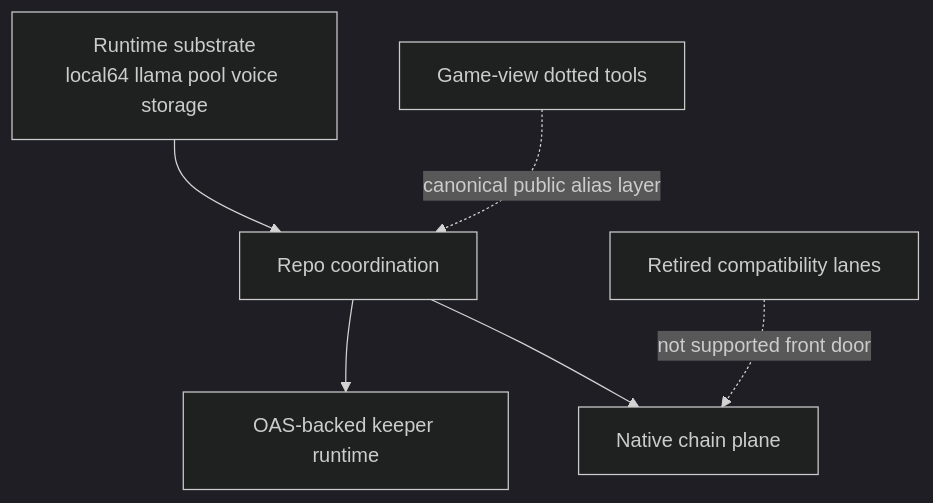
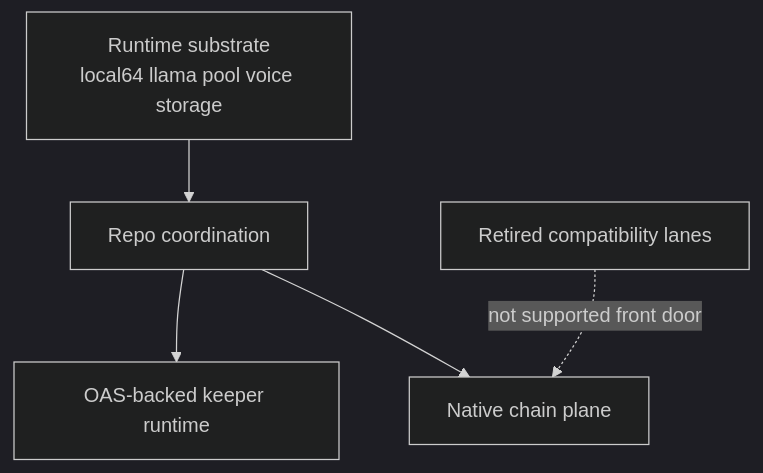
The fourth of 4 diagrams in docs/MCP-SURFACE-AUDIT.md (jeong-sik/masc), drawn with Mermaid (dark theme) before and after one commit. The commit also changed other lines of this file and 5 other files, not shown here.

````diff
--- a/docs/MCP-SURFACE-AUDIT.md
+++ b/docs/MCP-SURFACE-AUDIT.md
@@ -129,9 +125,8 @@
 ```mermaid
 flowchart TD
   Runtime[Runtime substrate<br/>local64 llama pool voice storage] --> Coordination[Repo coordination]
   Coordination --> Keeper[OAS-backed keeper runtime]
   Coordination --> Orchestration[Native chain plane]
 
-  Secondary1[Game-view dotted tools] -. canonical public alias layer .-> Coordination
-  Secondary2[Retired compatibility lanes] -. not supported front door .-> Orchestration
+  Secondary[Retired compatibility lanes] -. not supported front door .-> Orchestration
 ```
````
